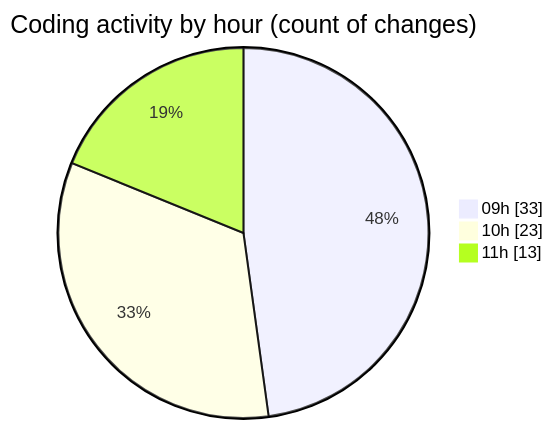
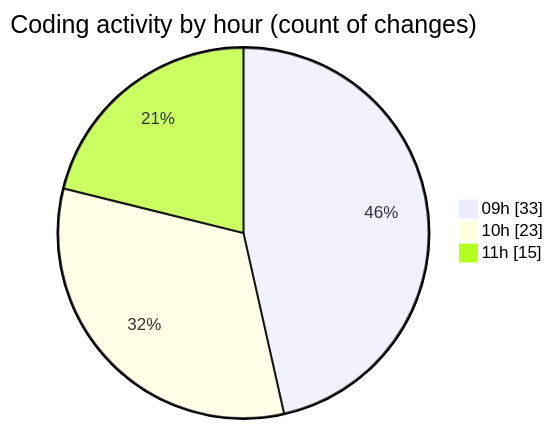
One commit to CELIANVF/code-tracking changed the second of 2 diagrams in 2025-05-20/ecodeli-1/README.md. Above: the diagram before and after it, drawn with Mermaid. The commit also changed other lines of this file and 1 other file, not shown here.

````diff
--- a/2025-05-20/ecodeli-1/README.md
+++ b/2025-05-20/ecodeli-1/README.md
@@ -57,7 +57,7 @@
 ```mermaid
 pie showData
 title Coding activity by hour (count of changes)
 "09h" : 33
 "10h" : 23
-"11h" : 13
+"11h" : 15
 ```
````
